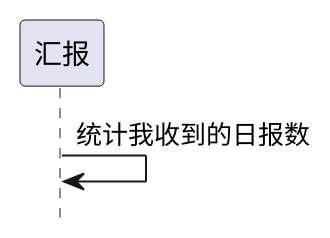
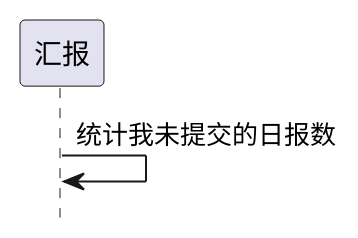
Before and after one commit to zj335841911/nt_chandao: the first of 2 diagrams in ibizpms-docs/src/main/doc/v1/module/report/IbzReport_old.md, drawn with PlantUML. The commit also changed other lines of this file and 5 other files, not shown here.

```diff
--- a/ibizpms-docs/src/main/doc/v1/module/report/IbzReport_old.md
+++ b/ibizpms-docs/src/main/doc/v1/module/report/IbzReport_old.md
@@ -86,5 +86,5 @@
 {% plantuml %}
 hide footbox
 
-汇报 -> 汇报: 统计我收到的日报数
+汇报 -> 汇报: 统计我未提交的日报数
 {% endplantuml %}
```
